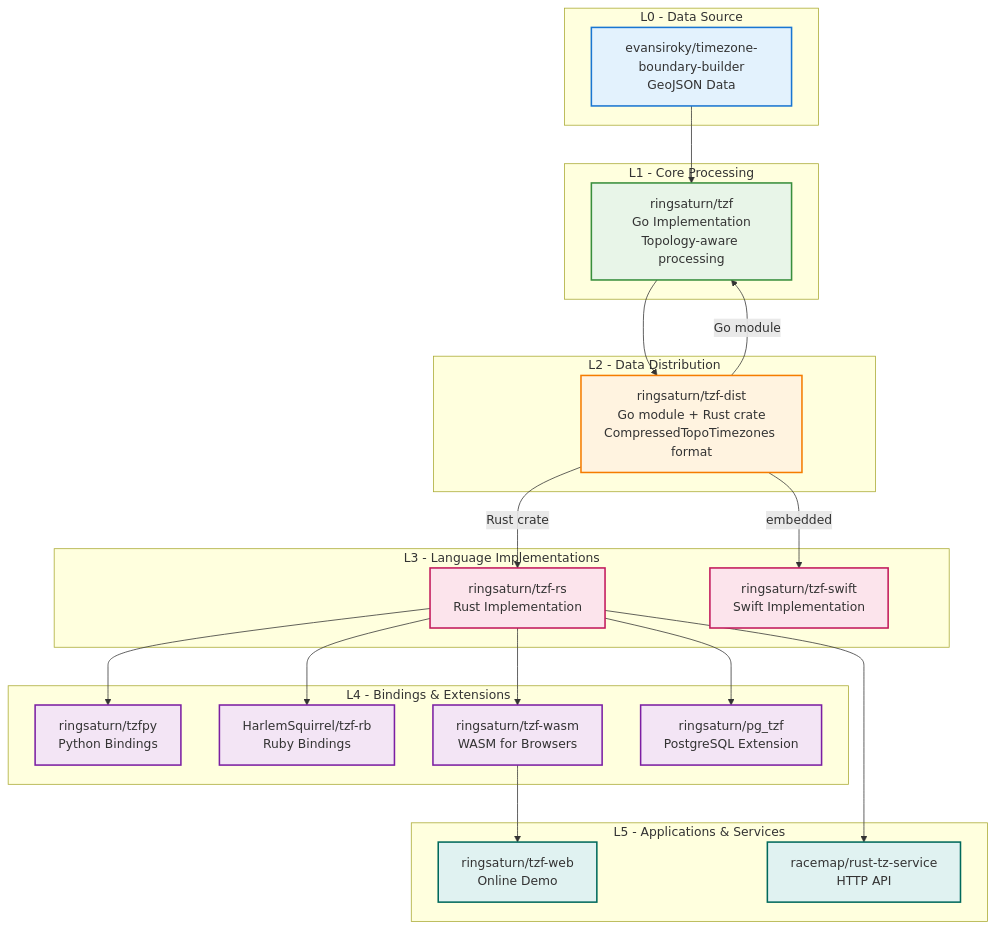
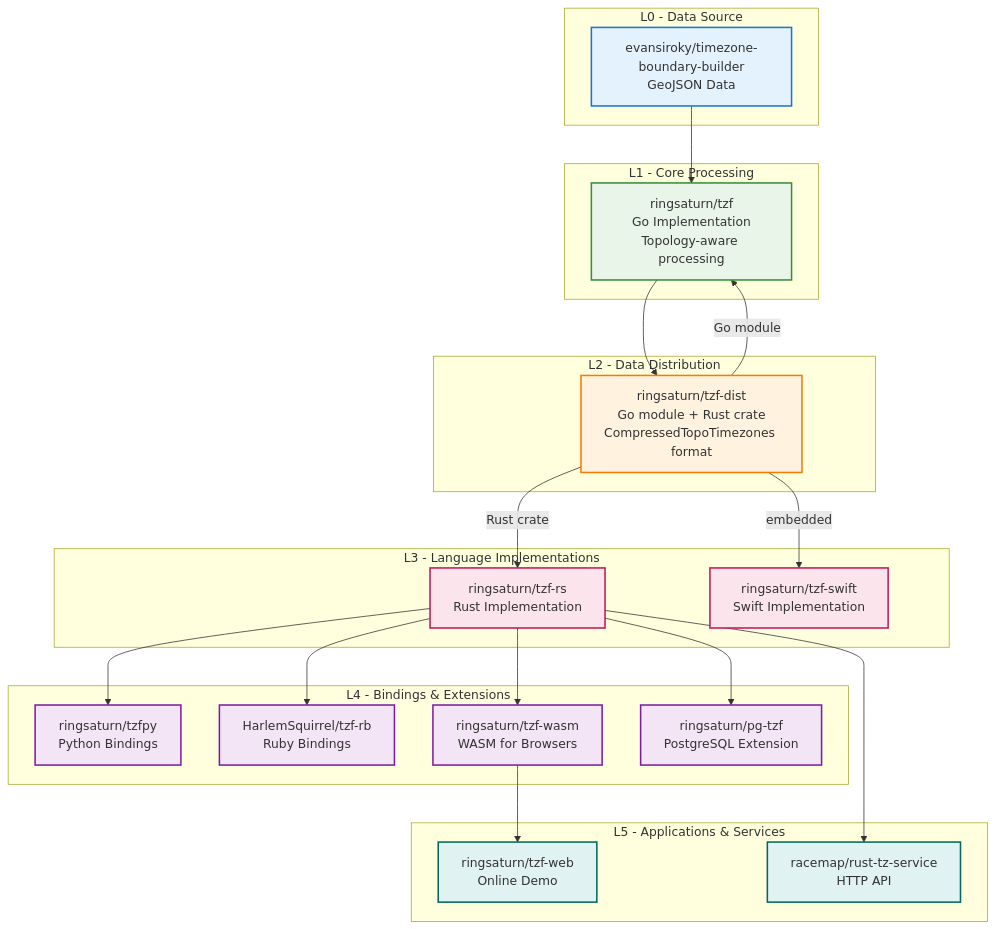
Before and after one commit to ringsaturn/project-tzf: the diagram in content/docs/reference/ecosystem.en.md, drawn with Mermaid. The commit also changed other lines of this file and 23 other files, not shown here.

````diff
--- a/content/docs/reference/ecosystem.en.md
+++ b/content/docs/reference/ecosystem.en.md
@@ -16,72 +16,72 @@
 ```mermaid
 %%{init: {"flowchart": {"htmlLabels": true}, "theme": "default"}}%%
 graph TD
     %% L0 - Data Source
     subgraph L0["L0 - Data Source"]
         GeoJSON[evansiroky/timezone-boundary-builder<br/>GeoJSON Data]
     end
 
     %% L1 - Core Processing
     subgraph L1["L1 - Core Processing"]
         TZF[ringsaturn/tzf<br/>Go Implementation<br/>Topology-aware processing]
     end
 
     %% L2 - Data Distribution
     subgraph L2["L2 - Data Distribution"]
         TZF_DIST[ringsaturn/tzf-dist<br/>Go module + Rust crate<br/>CompressedTopoTimezones format]
     end
 
     %% L3 - Language Implementations
     subgraph L3["L3 - Language Implementations"]
         TZF_RS[ringsaturn/tzf-rs<br/>Rust Implementation]
         TZF_SWIFT[ringsaturn/tzf-swift<br/>Swift Implementation]
     end
 
     %% L4 - Language Bindings & Extensions
     subgraph L4["L4 - Bindings & Extensions"]
         TZFPY[ringsaturn/tzfpy<br/>Python Bindings]
         TZF_RB[HarlemSquirrel/tzf-rb<br/>Ruby Bindings]
         TZF_WASM[ringsaturn/tzf-wasm<br/>WASM for Browsers]
-        PG_TZF[ringsaturn/pg_tzf<br/>PostgreSQL Extension]
+        PG_TZF[ringsaturn/pg-tzf<br/>PostgreSQL Extension]
     end
 
     %% L5 - Applications & Services
     subgraph L5["L5 - Applications & Services"]
         TZF_WEB[ringsaturn/tzf-web<br/>Online Demo]
         RUST_TZ_SERVICE[racemap/rust-tz-service<br/>HTTP API]
     end
 
     %% Data Flow
     GeoJSON --> TZF
     TZF --> TZF_DIST
 
     %% Go uses tzf-dist directly
     TZF_DIST --> |Go module| TZF
     TZF_DIST --> |Rust crate| TZF_RS
     TZF_DIST --> |embedded| TZF_SWIFT
 
     %% Rust Ecosystem
     TZF_RS --> TZFPY
     TZF_RS --> TZF_RB
     TZF_RS --> TZF_WASM
     TZF_RS --> PG_TZF
     TZF_RS --> RUST_TZ_SERVICE
 
     %% Web Applications
     TZF_WASM --> TZF_WEB
 
     %% Styling
     classDef l0 fill:#e3f2fd,stroke:#1976d2,stroke-width:2px
     classDef l1 fill:#e8f5e8,stroke:#388e3c,stroke-width:2px
     classDef l2 fill:#fff3e0,stroke:#f57c00,stroke-width:2px
     classDef l3 fill:#fce4ec,stroke:#c2185b,stroke-width:2px
     classDef l4 fill:#f3e5f5,stroke:#7b1fa2,stroke-width:2px
     classDef l5 fill:#e0f2f1,stroke:#00695c,stroke-width:2px
 
     class GeoJSON l0
     class TZF l1
     class TZF_DIST l2
     class TZF_RS,TZF_SWIFT l3
     class TZFPY,TZF_RB,TZF_WASM,PG_TZF l4
     class TZF_WEB,RUST_TZ_SERVICE l5
 ```
````
